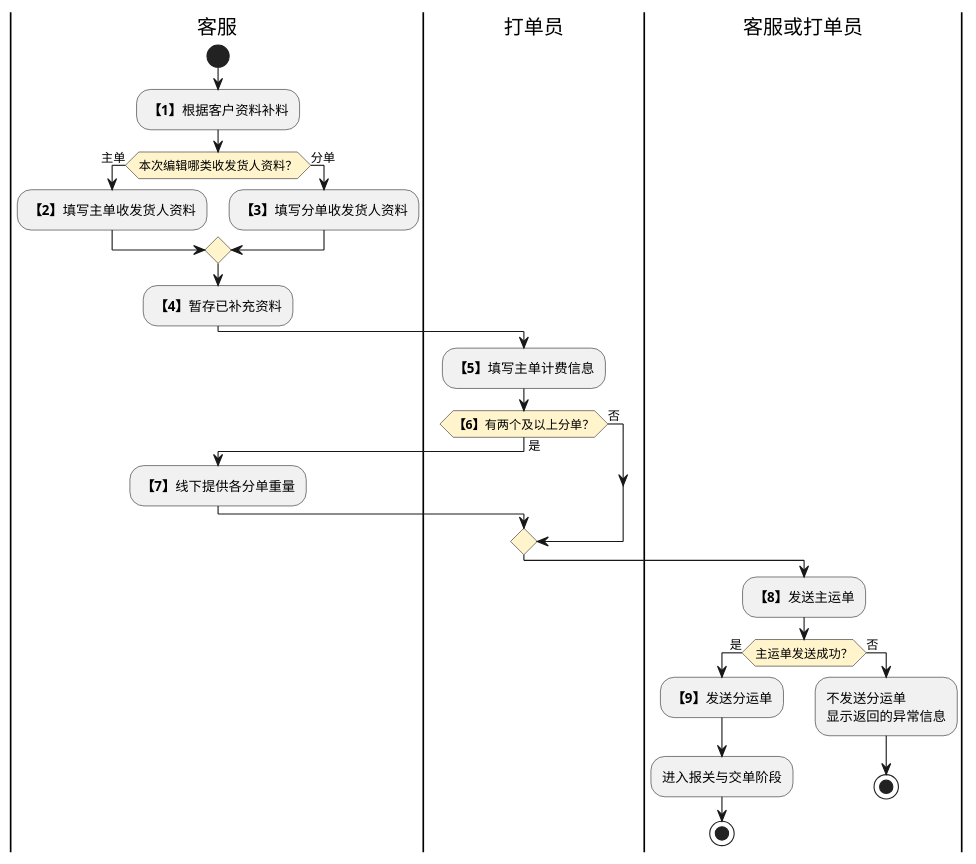
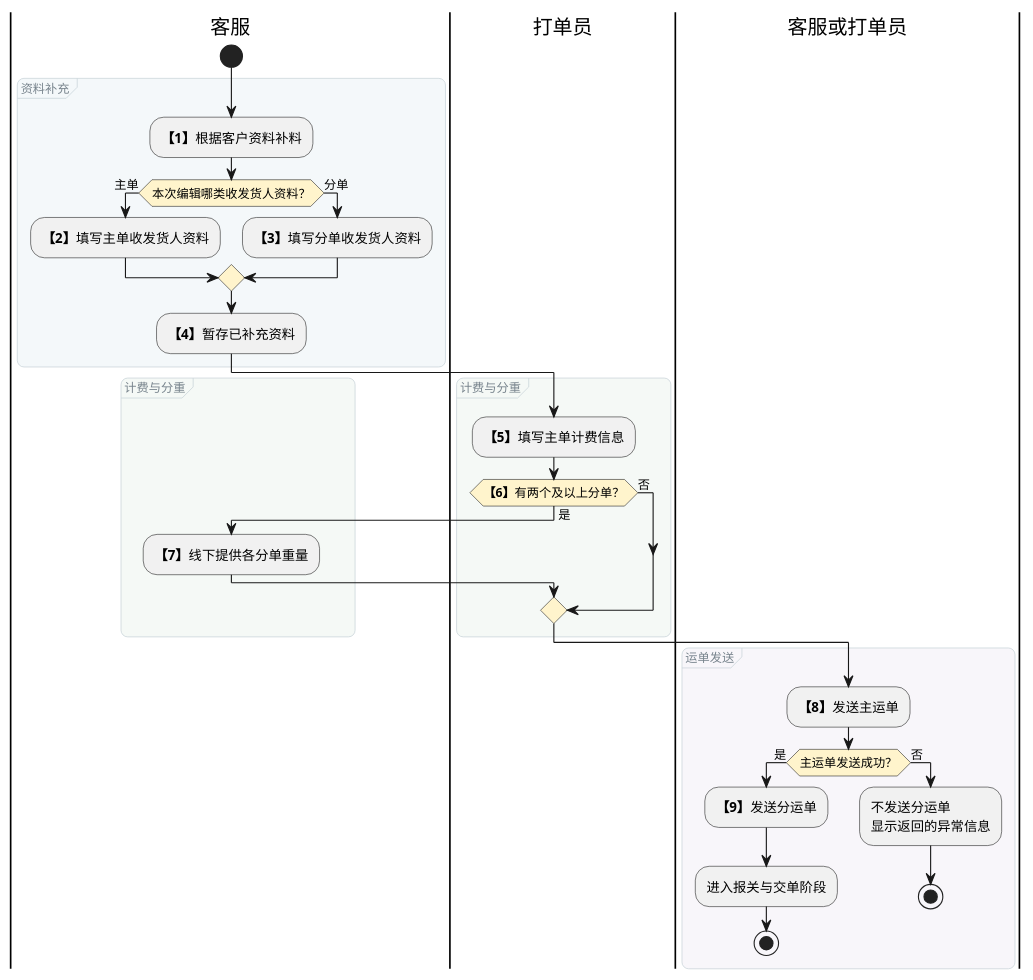
One commit to jack888332/projects-doc changed the first of 4 diagrams in product-caliber/goldjet/segmented-prd/PRD.高捷物流系统一期.第011篇.空运提单与航司推送.ED54E43A14.md. Above: the diagram before and after it, drawn with PlantUML. The commit also changed 16 other files, not shown here.

Commit message:
给DSL图分组

````diff
--- a/product-caliber/goldjet/segmented-prd/PRD.高捷物流系统一期.第011篇.空运提单与航司推送.ED54E43A14.md
+++ b/product-caliber/goldjet/segmented-prd/PRD.高捷物流系统一期.第011篇.空运提单与航司推送.ED54E43A14.md
@@ -49,31 +49,49 @@
 ```plantuml
 @startuml goldjet-011-waybill-preparation
 skinparam activityDiamondBackgroundColor #FFF4CC
+<style>
+activityDiagram {
+  group {
+    LineColor #CAD5DA
+    LineThickness 0.7
+    RoundCorner 12
+    FontColor #78848D
+    FontSize 11
+    FontStyle plain
+  }
+}
+</style>
 |客服|
 start
-:**【1】**根据客户资料补料;
-if (本次编辑哪类收发货人资料？) then (主单)
-  :**【2】**填写主单收发货人资料;
-else (分单)
-  :**【3】**填写分单收发货人资料;
-endif
-:**【4】**暂存已补充资料;
-|打单员|
-:**【5】**填写主单计费信息;
-if (**【6】**有两个及以上分单？) then (是)
-  |客服|
-  :**【7】**线下提供各分单重量;
-else (否)
-endif
-|客服或打单员|
-:**【8】**发送主运单;
-if (主运单发送成功？) then (是)
-  :**【9】**发送分运单;
-  :进入报关与交单阶段;
-  stop
-else (否)
-  :不发送分运单\n显示返回的异常信息;
-  stop
-endif
+group 资料补充 #F4F8FA {
+  :**【1】**根据客户资料补料;
+  if (本次编辑哪类收发货人资料？) then (主单)
+    :**【2】**填写主单收发货人资料;
+  else (分单)
+    :**【3】**填写分单收发货人资料;
+  endif
+  :**【4】**暂存已补充资料;
+}
+group 计费与分重 #F5F9F6 {
+  |打单员|
+  :**【5】**填写主单计费信息;
+  if (**【6】**有两个及以上分单？) then (是)
+    |客服|
+    :**【7】**线下提供各分单重量;
+  else (否)
+  endif
+}
+group 运单发送 #F8F6FA {
+  |客服或打单员|
+  :**【8】**发送主运单;
+  if (主运单发送成功？) then (是)
+    :**【9】**发送分运单;
+    :进入报关与交单阶段;
+    stop
+  else (否)
+    :不发送分运单\n显示返回的异常信息;
+    stop
+  endif
+}
 @enduml
 ```
````
